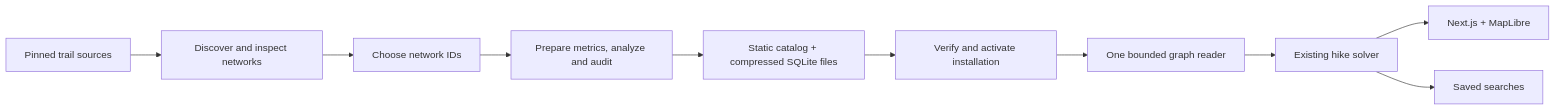
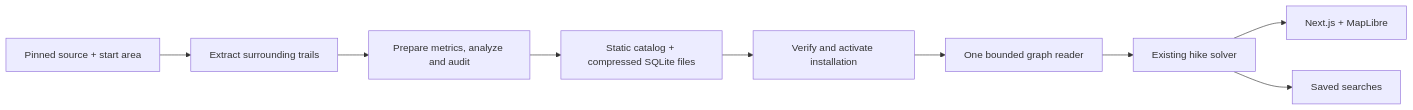
The diagram in README.md (heddayam/alpine-loop), drawn with Mermaid before and after one commit. The commit also changed other lines of this file and 14 other files, not shown here.

Commit message:
Replace discovery commands and documentation with local area preparation

````diff
--- a/README.md
+++ b/README.md
@@ -195,12 +181,11 @@
 ```mermaid
 flowchart LR
-    Sources["Pinned trail sources"] --> Discovery["Discover and inspect networks"]
-    Discovery --> Selection["Choose network IDs"]
-    Selection --> Builder["Prepare metrics, analyze and audit"]
+    Sources["Pinned source + start area"] --> Extract["Extract surrounding trails"]
+    Extract --> Builder["Prepare metrics, analyze and audit"]
     Builder --> Release["Static catalog + compressed SQLite files"]
     Release --> Download["Verify and activate installation"]
     Download --> Reader["One bounded graph reader"]
     Reader --> Solver["Existing hike solver"]
     Solver --> Map["Next.js + MapLibre"]
     Solver --> Jobs["Saved searches"]
 ```
````
